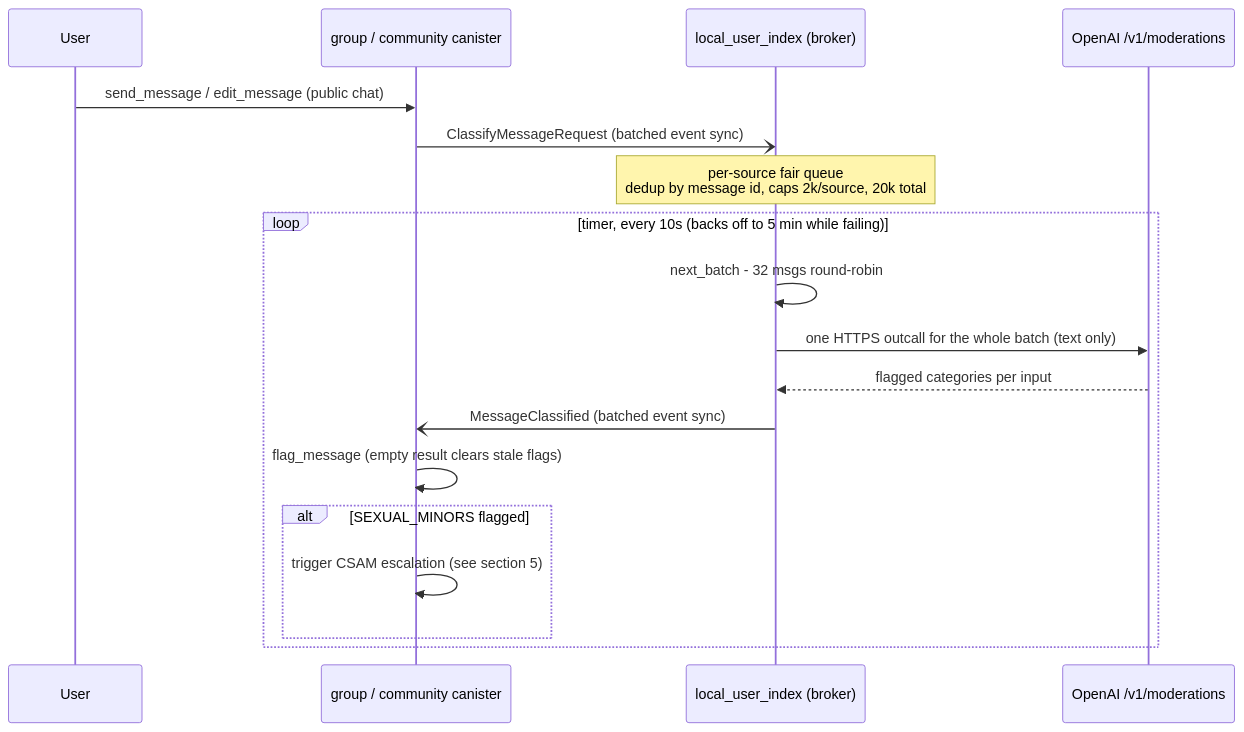
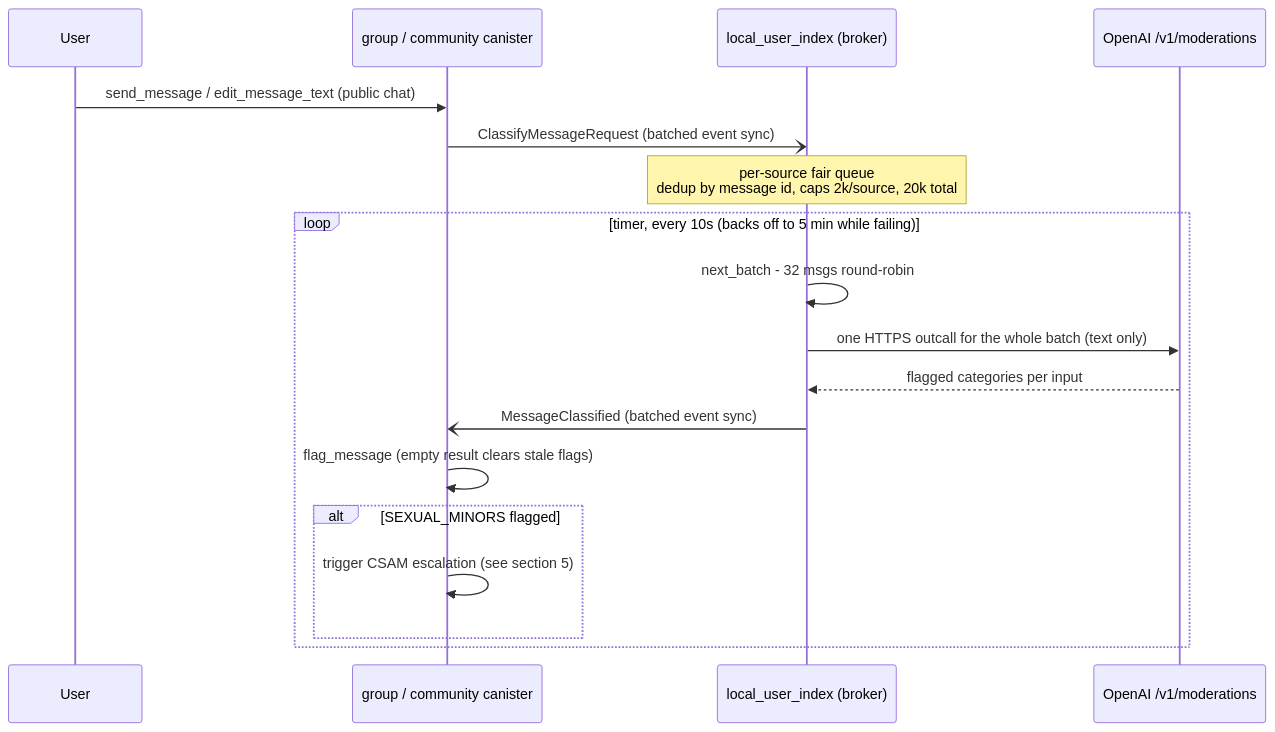
Before and after one commit to open-chat-labs/open-chat: the second of 5 diagrams in architecture/moderation.md, drawn with Mermaid. The commit also changed 1 other file, not shown here.

Commit message:
Format an import, and name edit_message_text in the moderation diagram

````diff
--- a/architecture/moderation.md
+++ b/architecture/moderation.md
@@ -94,20 +94,20 @@
 ```mermaid
 sequenceDiagram
     participant U as User
     participant G as group / community canister
     participant L as local_user_index (broker)
     participant O as OpenAI /v1/moderations
-    U->>G: send_message / edit_message (public chat)
+    U->>G: send_message / edit_message_text (public chat)
     G-)L: ClassifyMessageRequest (batched event sync)
     Note over L: per-source fair queue<br/>dedup by message id, caps 2k/source, 20k total
     loop timer, every 10s (backs off to 5 min while failing)
         L->>L: next_batch - 32 msgs round-robin
         L->>O: one HTTPS outcall for the whole batch (text only)
         O-->>L: flagged categories per input
         L-)G: MessageClassified (batched event sync)
         G->>G: flag_message (empty result clears stale flags)
         alt SEXUAL_MINORS flagged
             G->>G: trigger CSAM escalation (see section 5)
         end
     end
 ```
````
